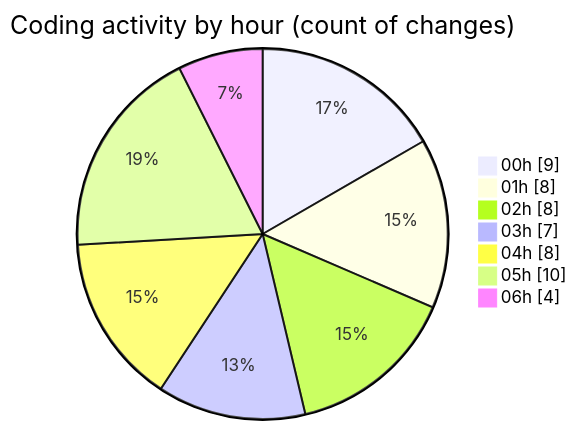
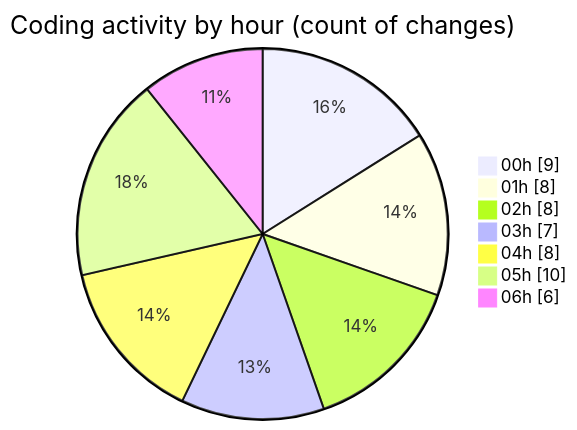
The second of 2 diagrams in 2025-07-14/telebot/README.md (jrari/code-tracking), drawn with Mermaid before and after one commit. The commit also changed other lines of this file and 1 other file, not shown here.

````diff
--- a/2025-07-14/telebot/README.md
+++ b/2025-07-14/telebot/README.md
@@ -53,11 +54,11 @@
 ```mermaid
 pie showData
 title Coding activity by hour (count of changes)
 "00h" : 9
 "01h" : 8
 "02h" : 8
 "03h" : 7
 "04h" : 8
 "05h" : 10
-"06h" : 4
+"06h" : 6
 ```
````
